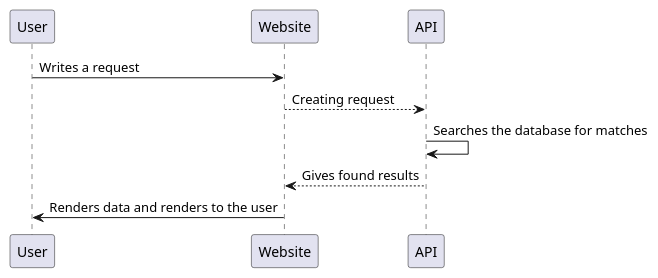
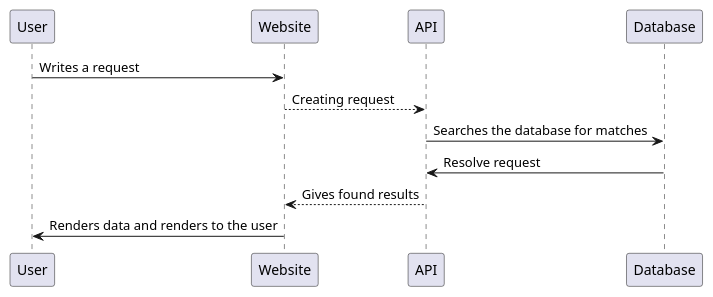
One commit to Lydesi/MCAS changed the diagram in src/uml/user.puml. Above: the diagram before and after it, drawn with PlantUML. The commit also changed 6 other files, not shown here.

```diff
--- a/src/uml/user.puml
+++ b/src/uml/user.puml
@@ -1,7 +1,8 @@
 @startuml
 User -> Website: Writes a request
 Website --> API: Creating request
-API -> API: Searches the database for matches
+API -> Database: Searches the database for matches
+Database -> API: Resolve request
 API --> Website: Gives found results
 Website -> User: Renders data and renders to the user
 @enduml
```
